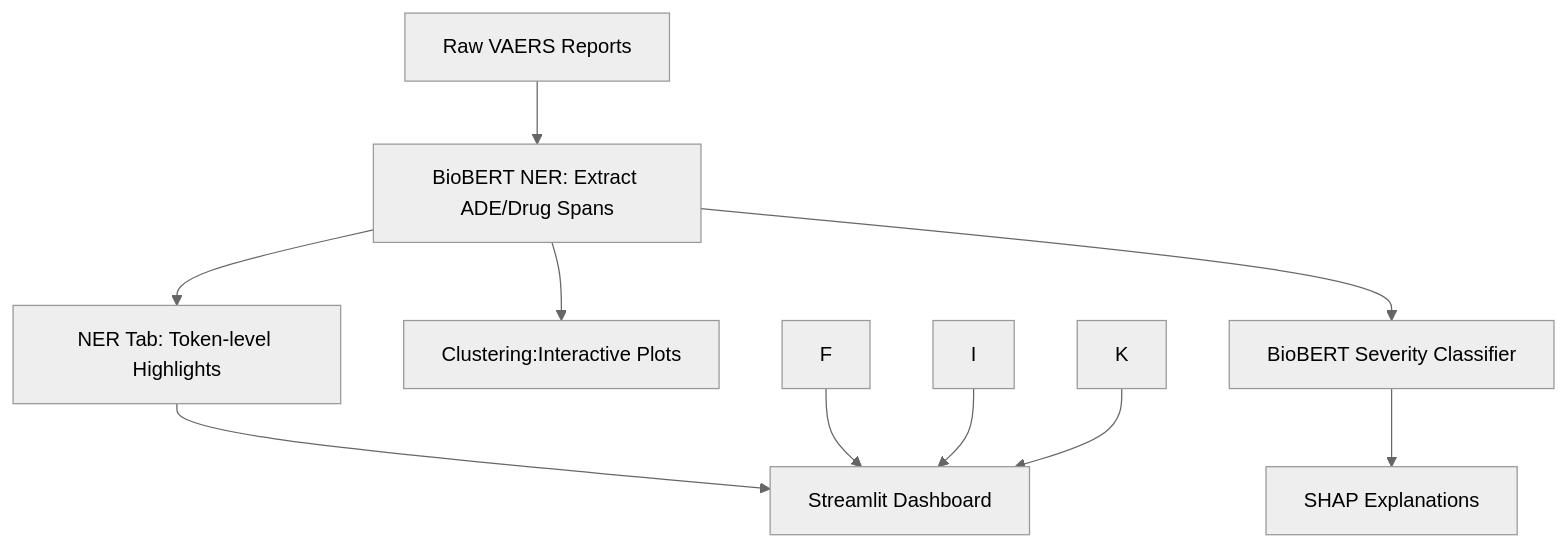
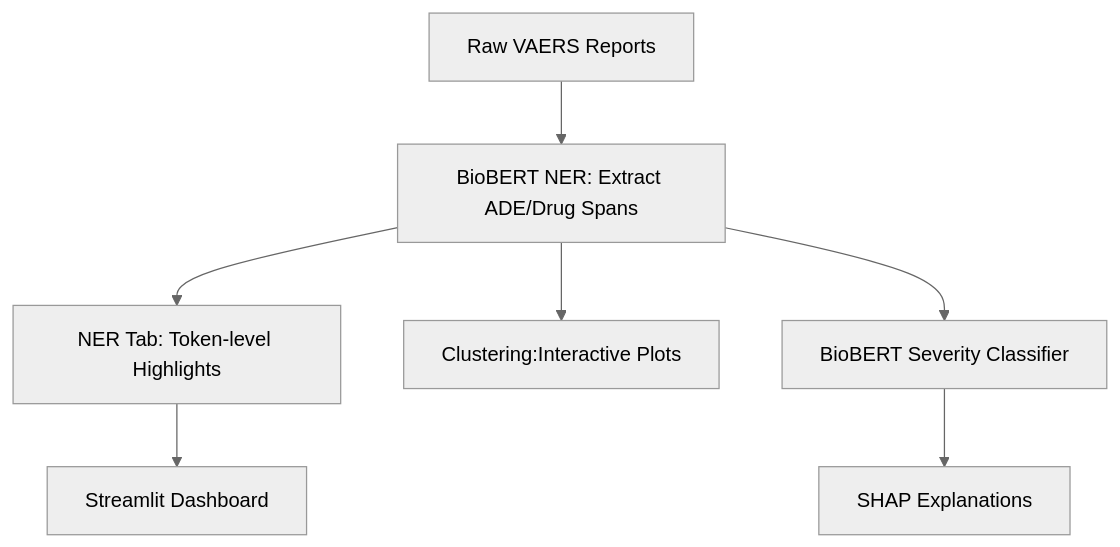
One commit to Sugiuma/ADEGuard changed the first of 5 diagrams in README.md. Above: the diagram before and after it, drawn with Mermaid (neutral theme).

````diff
--- a/README.md
+++ b/README.md
@@ -61,25 +61,23 @@
 ```mermaid
 flowchart TD
 
 A[Raw VAERS Reports] --> B[BioBERT NER: Extract ADE/Drug Spans]
 
 %% NER Tab
 B --> C[NER Tab: Token-level Highlights]
 
 %% Clustering Tab
 B --> D[Clustering:Interactive Plots]
 
 
 %% Severity Tab
 B --> G[BioBERT Severity Classifier]
 
 
 %% Explainability Tab
 G --> J[SHAP Explanations]
 
 %% Streamlit Dashboard Integration
 C --> L[Streamlit Dashboard]
-F --> L
-I --> L
-K --> L
+
 ```
````
